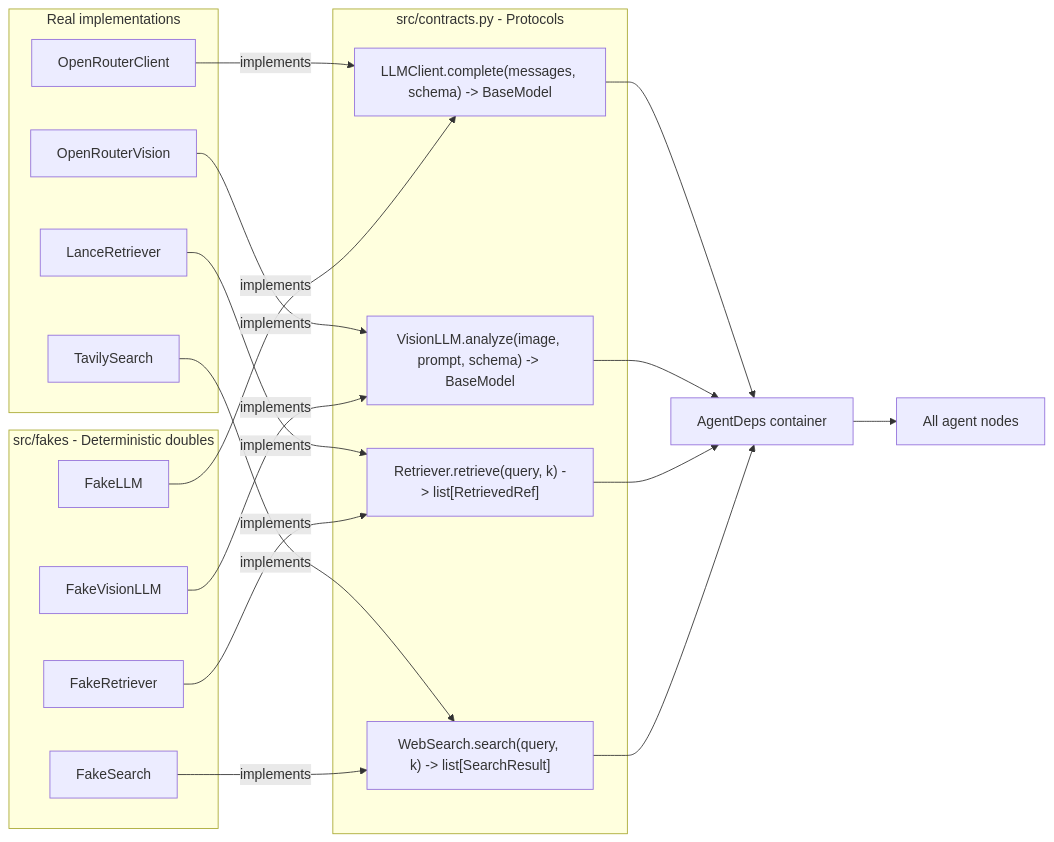
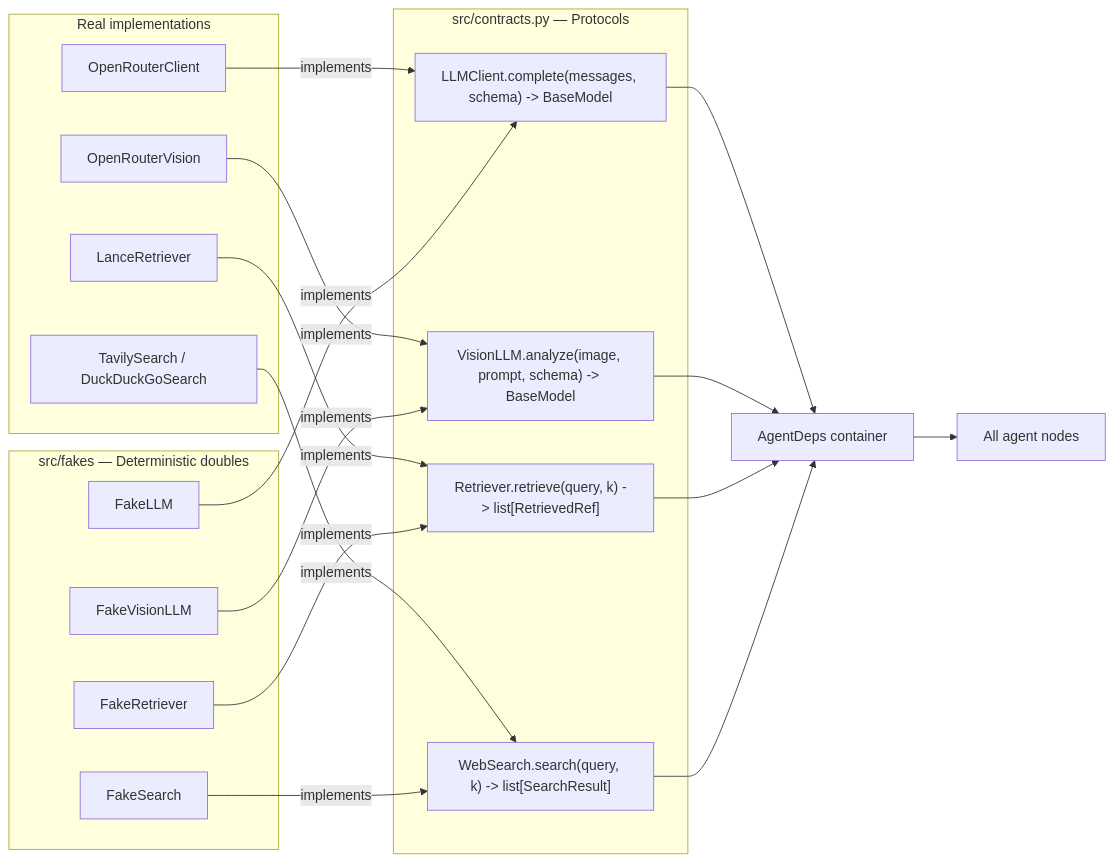
The second of 2 diagrams in docs/ARCHITECTURE.md (chkrvrthy/Accelerator_C7_Hackthon_Multimodal_G1), drawn with Mermaid before and after one commit. The commit also changed other lines of this file and 32 other files, not shown here.

````diff
--- a/docs/ARCHITECTURE.md
+++ b/docs/ARCHITECTURE.md
@@ -60,38 +93,38 @@
 ```mermaid
 flowchart LR
-    subgraph contracts [src/contracts.py - Protocols]
+    subgraph contracts [src/contracts.py — Protocols]
         P1["LLMClient.complete(messages, schema) -> BaseModel"]
         P2["VisionLLM.analyze(image, prompt, schema) -> BaseModel"]
         P3["Retriever.retrieve(query, k) -> list[RetrievedRef]"]
         P4["WebSearch.search(query, k) -> list[SearchResult]"]
     end
 
     subgraph real [Real implementations]
         R1[OpenRouterClient]
         R2[OpenRouterVision]
         R3[LanceRetriever]
-        R4[TavilySearch]
+        R4[TavilySearch / DuckDuckGoSearch]
     end
 
-    subgraph fakes [src/fakes - Deterministic doubles]
+    subgraph fakes [src/fakes — Deterministic doubles]
         F1[FakeLLM]
         F2[FakeVisionLLM]
         F3[FakeRetriever]
         F4[FakeSearch]
     end
 
     R1 -- implements --> P1
     R2 -- implements --> P2
     R3 -- implements --> P3
     R4 -- implements --> P4
     F1 -- implements --> P1
     F2 -- implements --> P2
     F3 -- implements --> P3
     F4 -- implements --> P4
 
     P1 --> AgentDeps[AgentDeps container]
     P2 --> AgentDeps
     P3 --> AgentDeps
     P4 --> AgentDeps
     AgentDeps --> Agents[All agent nodes]
 ```
````
